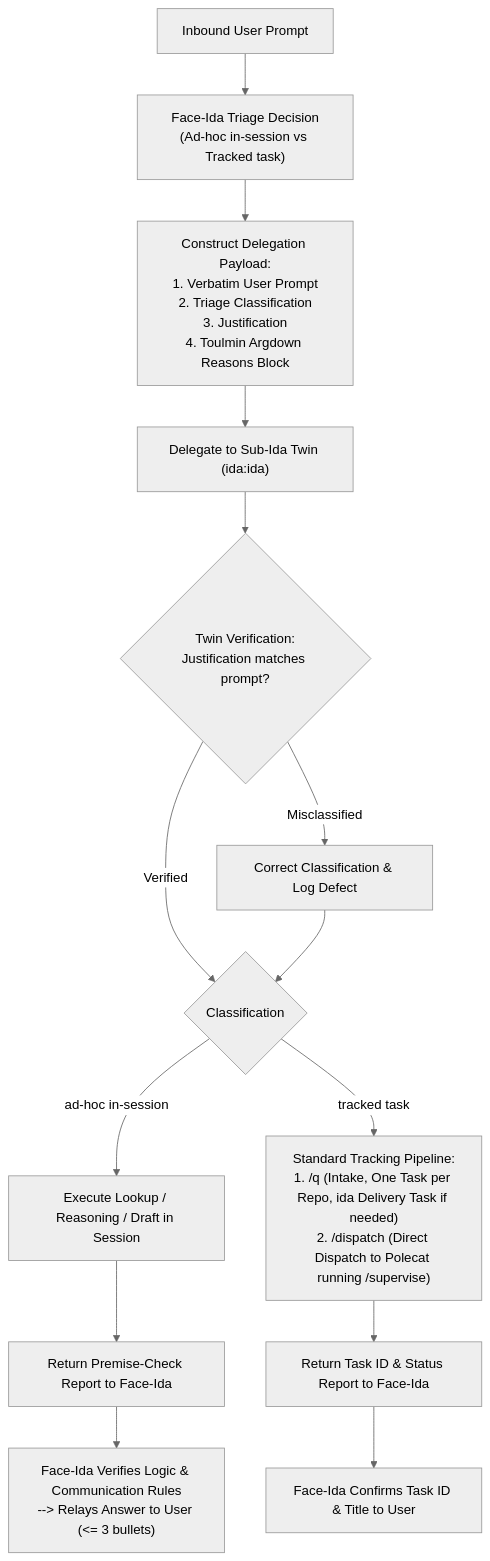
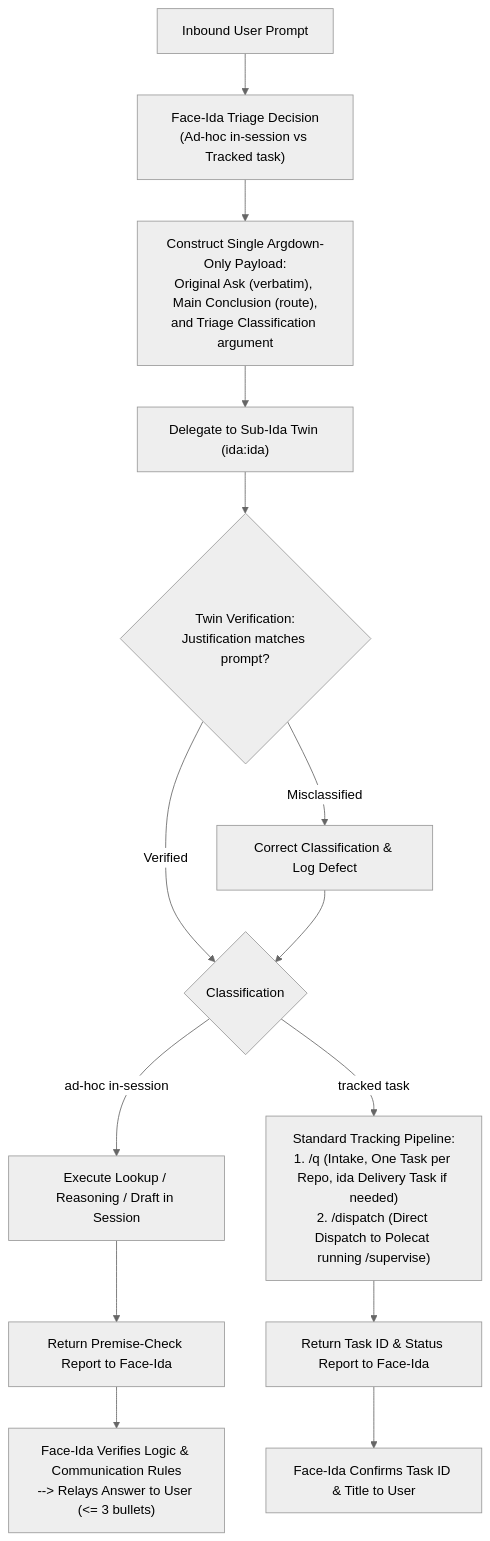
One commit to nicsuzor/academicOps changed the diagram in specs/agents/face-ida-triage-and-tracked-requests.md. Above: the diagram before and after it, drawn with Mermaid (neutral theme). The commit also changed other lines of this file and 17 other files, not shown here.

````diff
--- a/specs/agents/face-ida-triage-and-tracked-requests.md
+++ b/specs/agents/face-ida-triage-and-tracked-requests.md
@@ -69,19 +65,19 @@
 ```mermaid
 flowchart TD
     UserPrompt["Inbound User Prompt"] --> FaceTriage["Face-Ida Triage Decision<br/>(Ad-hoc in-session vs Tracked task)"]
-    FaceTriage --> ConstructPayload["Construct Delegation Payload:<br/>1. Verbatim User Prompt<br/>2. Triage Classification<br/>3. Justification<br/>4. Toulmin Argdown Reasons Block"]
+    FaceTriage --> ConstructPayload["Construct Single Argdown-Only Payload:<br/>Original Ask (verbatim), Main Conclusion (route),<br/>and Triage Classification argument"]
     ConstructPayload --> DelegateTwin["Delegate to Sub-Ida Twin (ida:ida)"]
     
     DelegateTwin --> TwinCheck{"Twin Verification:<br/>Justification matches prompt?"}
     TwinCheck -- Misclassified --> CorrectRoute["Correct Classification & Log Defect"]
     TwinCheck -- Verified --> ExecuteBranch{"Classification"}
     CorrectRoute --> ExecuteBranch
     
     ExecuteBranch -- "ad-hoc in-session" --> InSessionExec["Execute Lookup / Reasoning / Draft in Session"]
     InSessionExec --> TwinReport["Return Premise-Check Report to Face-Ida"]
     TwinReport --> FaceRelay["Face-Ida Verifies Logic & Communication Rules<br/>--> Relays Answer to User (<= 3 bullets)"]
     
     ExecuteBranch -- "tracked task" --> Pipeline["Standard Tracking Pipeline:<br/>1. /q (Intake, One Task per Repo, ida Delivery Task if needed)<br/>2. /dispatch (Direct Dispatch to Polecat running /supervise)"]
     Pipeline --> TaskReport["Return Task ID & Status Report to Face-Ida"]
     TaskReport --> FaceConfirm["Face-Ida Confirms Task ID & Title to User"]
 ```
````
